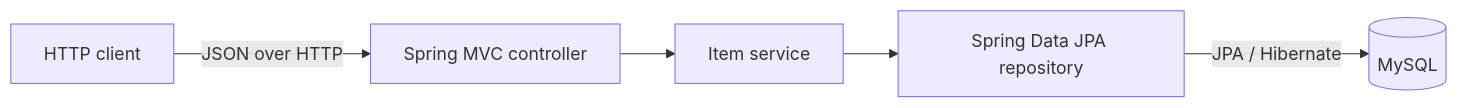
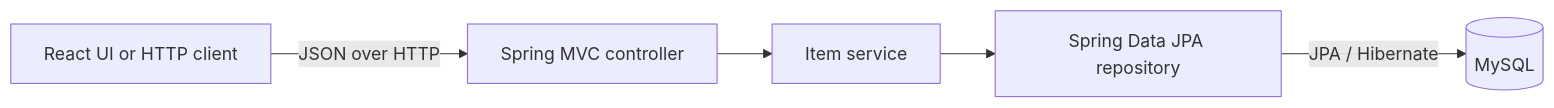
Before and after one commit to sunil-gabbila/realtime-app-starter: the diagram in docs/architecture.md, drawn with Mermaid. The commit also changed other lines of this file and 12 other files, not shown here.

````diff
--- a/docs/architecture.md
+++ b/docs/architecture.md
@@ -9,7 +9,7 @@
 ```mermaid
 flowchart LR
-  Client[HTTP client] -->|JSON over HTTP| Controller[Spring MVC controller]
+  Client[React UI or HTTP client] -->|JSON over HTTP| Controller[Spring MVC controller]
   Controller --> Service[Item service]
   Service --> Repository[Spring Data JPA repository]
   Repository -->|JPA / Hibernate| Database[(MySQL)]
 ```
````
